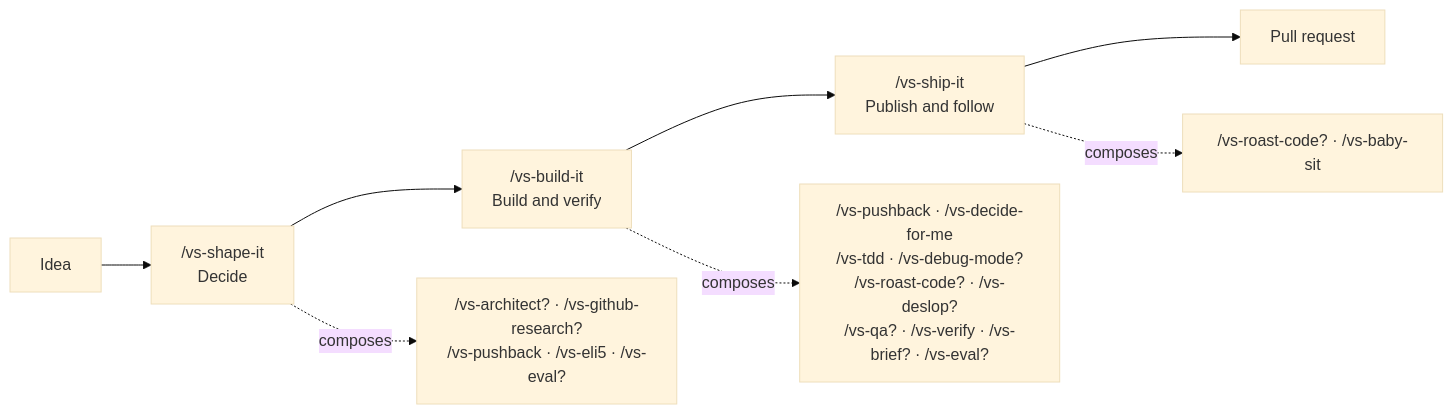
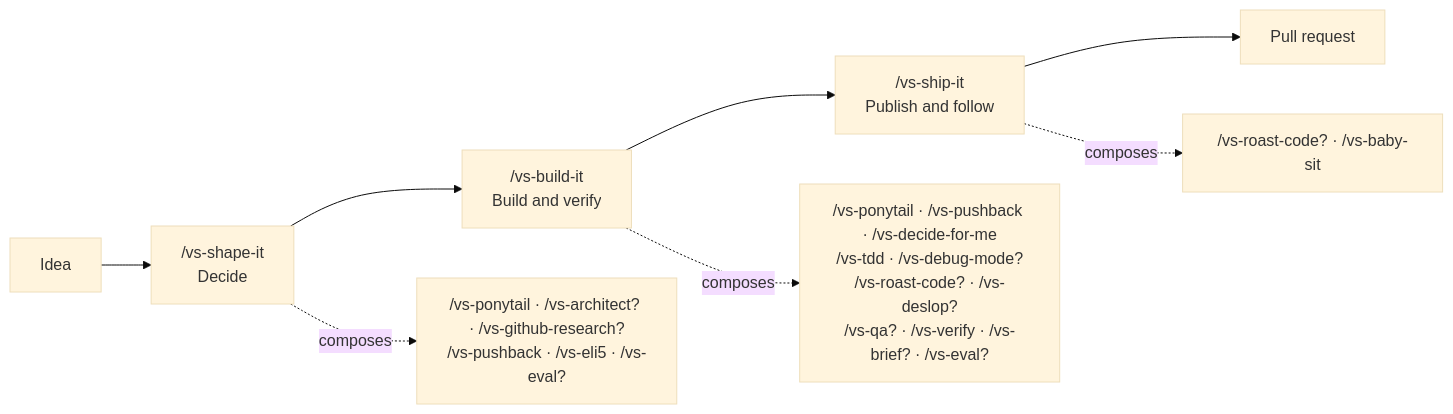
One commit to vltansky/vs changed the first of 4 diagrams in README.md. Above: the diagram before and after it, drawn with Mermaid (base theme). The commit also changed other lines of this file and 1 other file, not shown here.

Commit message:
docs: explain Ponytail integration and attribution

````diff
--- a/README.md
+++ b/README.md
@@ -34,10 +34,10 @@
 ```mermaid
 flowchart LR
     I[Idea] --> S["/vs-shape-it<br/>Decide"] --> B["/vs-build-it<br/>Build and verify"]
     B --> P["/vs-ship-it<br/>Publish and follow"]
     P --> O[Pull request]
 
-    S -. composes .-> SC["/vs-architect? · /vs-github-research?<br/>/vs-pushback · /vs-eli5 · /vs-eval?"]
-    B -. composes .-> BC["/vs-pushback · /vs-decide-for-me<br/>/vs-tdd · /vs-debug-mode?<br/>/vs-roast-code? · /vs-deslop?<br/>/vs-qa? · /vs-verify · /vs-brief? · /vs-eval?"]
+    S -. composes .-> SC["/vs-ponytail · /vs-architect? · /vs-github-research?<br/>/vs-pushback · /vs-eli5 · /vs-eval?"]
+    B -. composes .-> BC["/vs-ponytail · /vs-pushback · /vs-decide-for-me<br/>/vs-tdd · /vs-debug-mode?<br/>/vs-roast-code? · /vs-deslop?<br/>/vs-qa? · /vs-verify · /vs-brief? · /vs-eval?"]
     P -. composes .-> PC["/vs-roast-code? · /vs-baby-sit"]
 ```
````
